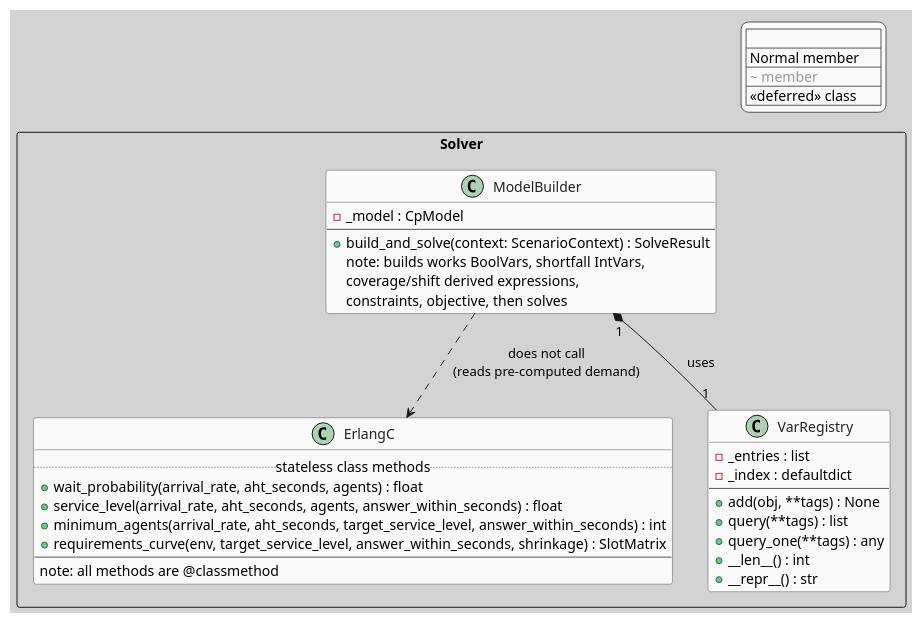
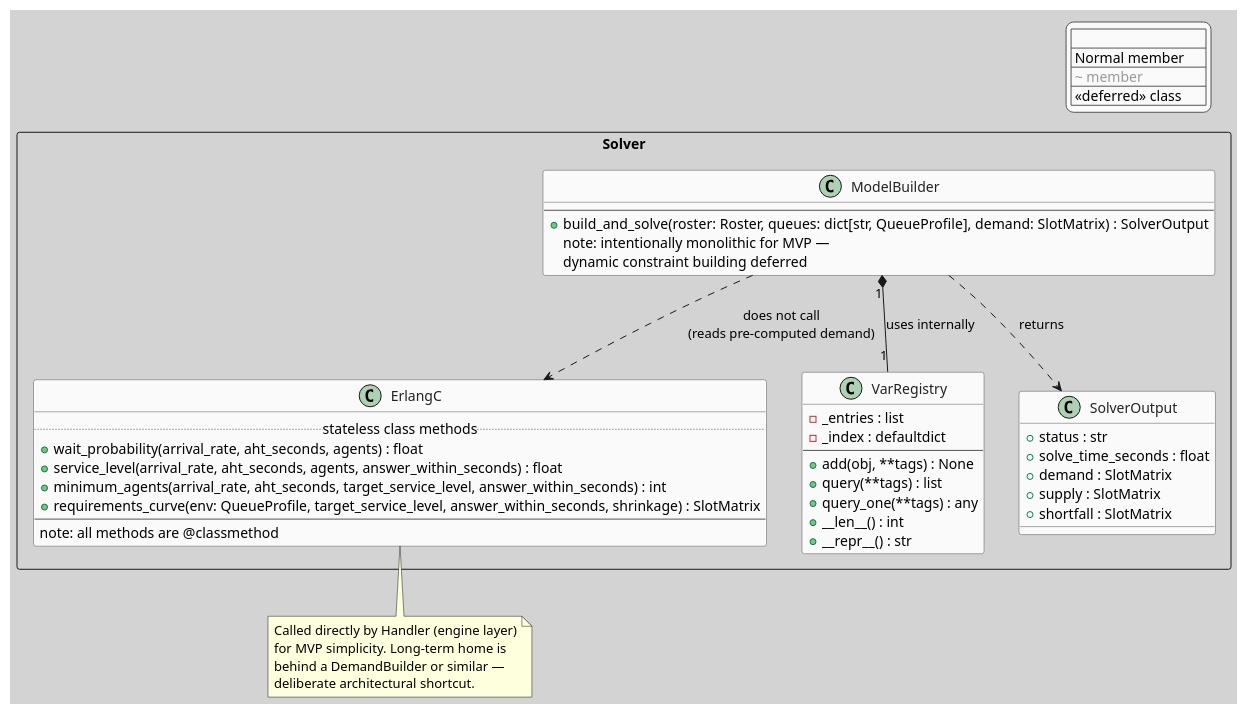
The diagram in docs/uml/solver_classes.puml (neon-tetra/schedule-architect), drawn with PlantUML before and after one commit. The commit also changed 10 other files, not shown here.

```diff
--- a/docs/uml/solver_classes.puml
+++ b/docs/uml/solver_classes.puml
@@ -1,69 +1,87 @@
 @startuml solver_classes
 
 skinparam backgroundColor #D3D3D3
 skinparam defaultFontName Segoe UI
 
 skinparam class {
     BackgroundColor #FAFAFA
     BorderColor #555555
     FontColor #222222
     BackgroundColor<<deferred>> #E8E8E8
     BorderColor<<deferred>> #AAAAAA
     FontColor<<deferred>> #AAAAAA
     BorderStyle<<deferred>> dashed
 }
 
 skinparam legend {
     BackgroundColor #FAFAFA
     BorderColor #555555
 }
 
 legend top right
   <#FAFAFA,#555555>|                         |
   | Normal member      | Implemented          |
   | <color:#999999>~ member</color>  | Deferred / future    |
   | <<deferred>> class | Placeholder only     |
 endlegend
 
 ' ─────────────────────────────────────────
 ' PACKAGE: Solver
 ' ─────────────────────────────────────────
 package "Solver" <<Rectangle>> {
 
     class ErlangC {
         ..stateless class methods..
         + wait_probability(arrival_rate, aht_seconds, agents) : float
         + service_level(arrival_rate, aht_seconds, agents, answer_within_seconds) : float
         + minimum_agents(arrival_rate, aht_seconds, target_service_level, answer_within_seconds) : int
-        + requirements_curve(env, target_service_level, answer_within_seconds, shrinkage) : SlotMatrix
+        + requirements_curve(env: QueueProfile, target_service_level, answer_within_seconds, shrinkage) : SlotMatrix
         --
         note: all methods are @classmethod
     }
 
     class VarRegistry {
         - _entries : list
         - _index : defaultdict
         --
         + add(obj, **tags) : None
         + query(**tags) : list
         + query_one(**tags) : any
         + __len__() : int
         + __repr__() : str
     }
 
     class ModelBuilder {
-        - _model : CpModel
         --
-        + build_and_solve(context: ScenarioContext) : SolveResult
-        note: builds works BoolVars, shortfall IntVars,\ncoverage/shift derived expressions,\nconstraints, objective, then solves
+        + build_and_solve(roster: Roster, queues: dict[str, QueueProfile], demand: SlotMatrix) : SolverOutput
+        note: intentionally monolithic for MVP —\ndynamic constraint building deferred
+    }
+
+    class SolverOutput {
+        + status : str
+        + solve_time_seconds : float
+        + demand : SlotMatrix
+        + supply : SlotMatrix
+        + shortfall : SlotMatrix
     }
 
 }
 
 ' ─────────────────────────────────────────
+' NOTES
+' ─────────────────────────────────────────
+note bottom of ErlangC
+    Called directly by Handler (engine layer)
+    for MVP simplicity. Long-term home is
+    behind a DemandBuilder or similar —
+    deliberate architectural shortcut.
+end note
+
+' ─────────────────────────────────────────
 ' RELATIONSHIPS
 ' ─────────────────────────────────────────
+ModelBuilder "1" *-- "1" VarRegistry : uses internally
+ModelBuilder ..> SolverOutput : returns
 ModelBuilder ..> ErlangC : does not call\n(reads pre-computed demand)
-ModelBuilder "1" *-- "1" VarRegistry : uses
 
 @enduml
```
